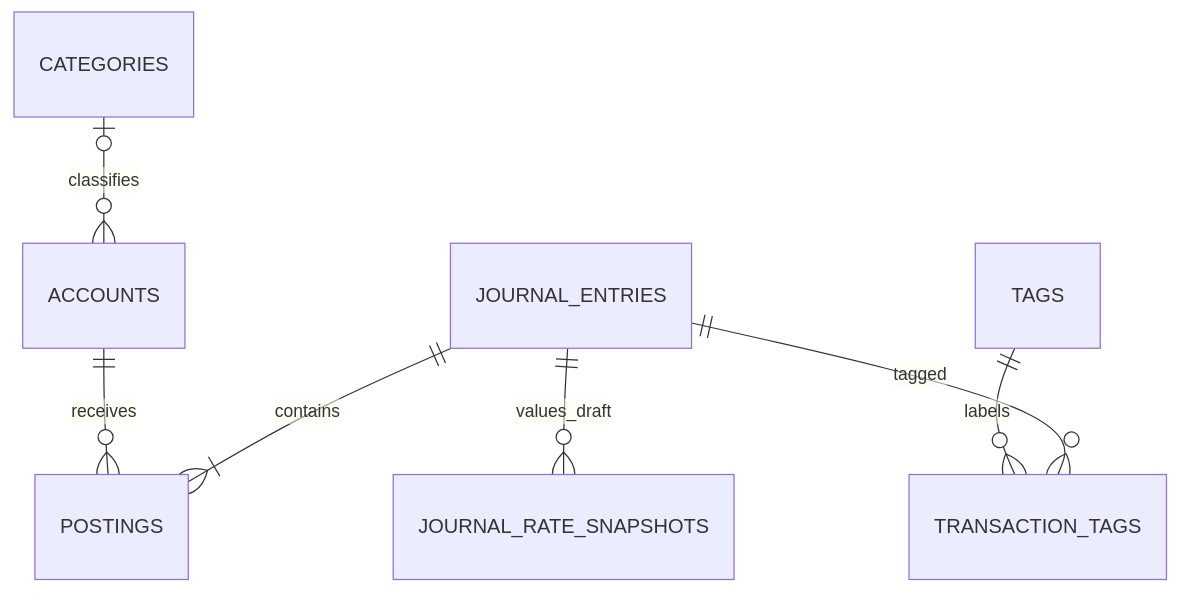
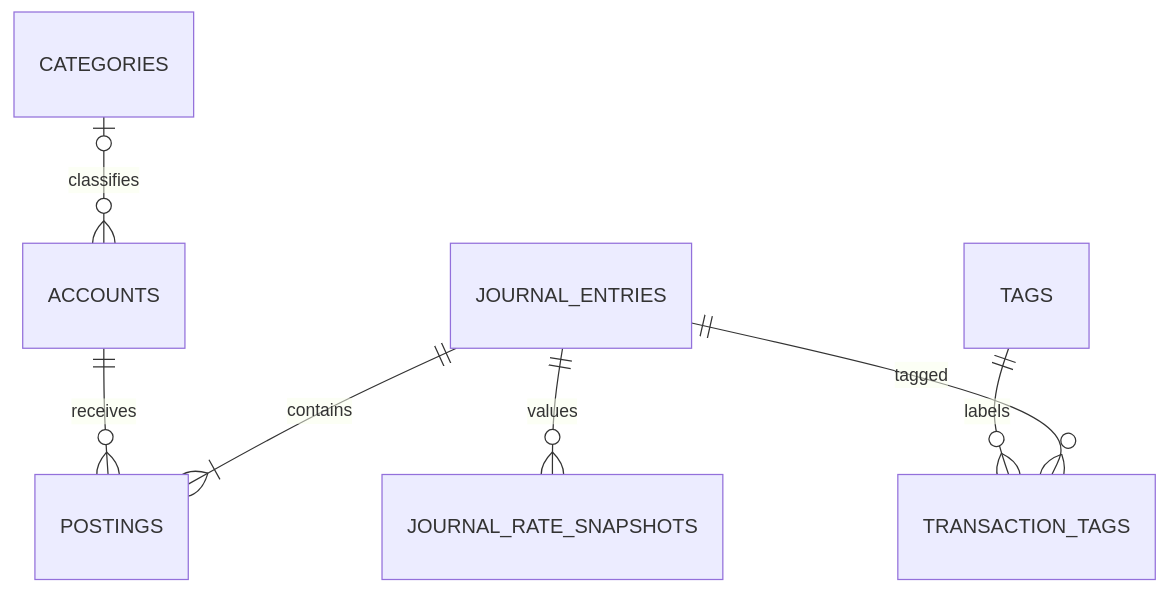
Before and after one commit to ardaongl/Sumlune: the diagram in docs/architecture/DATABASE.md, drawn with Mermaid. The commit also changed other lines of this file and 11 other files, not shown here.

Commit message:
docs: accept database architecture and draft payment recurrence engine

````diff
--- a/docs/architecture/DATABASE.md
+++ b/docs/architecture/DATABASE.md
@@ -25,9 +24,9 @@
 ```mermaid
 erDiagram
   JOURNAL_ENTRIES ||--|{ POSTINGS : contains
   ACCOUNTS ||--o{ POSTINGS : receives
   CATEGORIES o|--o{ ACCOUNTS : classifies
   JOURNAL_ENTRIES ||--o{ TRANSACTION_TAGS : tagged
   TAGS ||--o{ TRANSACTION_TAGS : labels
-  JOURNAL_ENTRIES ||--o{ JOURNAL_RATE_SNAPSHOTS : values_draft
+  JOURNAL_ENTRIES ||--o{ JOURNAL_RATE_SNAPSHOTS : values
 ```
````
